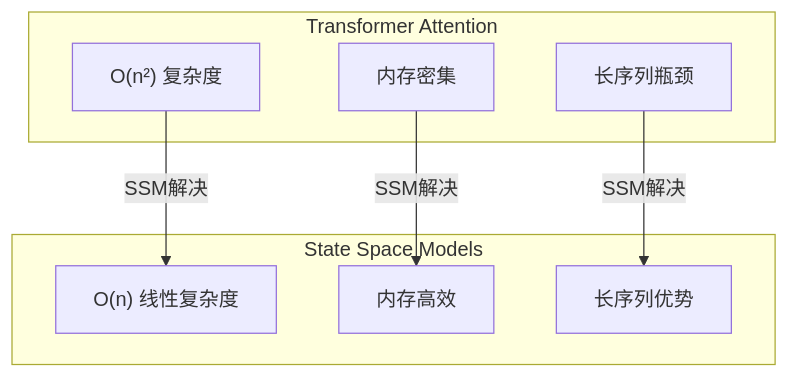
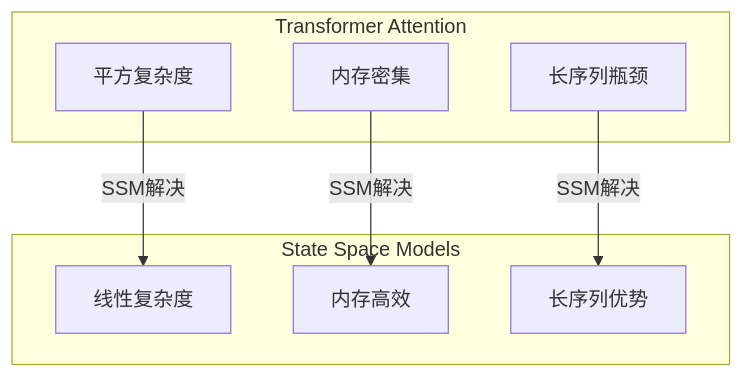
Before and after one commit to Xunzhuo/mini-sglang: diagram 18 of 24 in learning/website/docs/basics/05-transformer-architecture.md, drawn with Mermaid. The commit also changed other lines of this file and 5 other files, not shown here.

````diff
--- a/learning/website/docs/basics/05-transformer-architecture.md
+++ b/learning/website/docs/basics/05-transformer-architecture.md
@@ -488,18 +488,18 @@
 ```mermaid
 graph TB
     subgraph Transformer Attention
-        T1["O(n²) 复杂度"]
+        T1["平方复杂度"]
         T2["内存密集"]
         T3["长序列瓶颈"]
     end
-    
+
     subgraph State Space Models
-        S1["O(n) 线性复杂度"]
+        S1["线性复杂度"]
         S2["内存高效"]
         S3["长序列优势"]
     end
     
     T1 --> |SSM解决| S1
     T2 --> |SSM解决| S2
     T3 --> |SSM解决| S3
 ```
````
